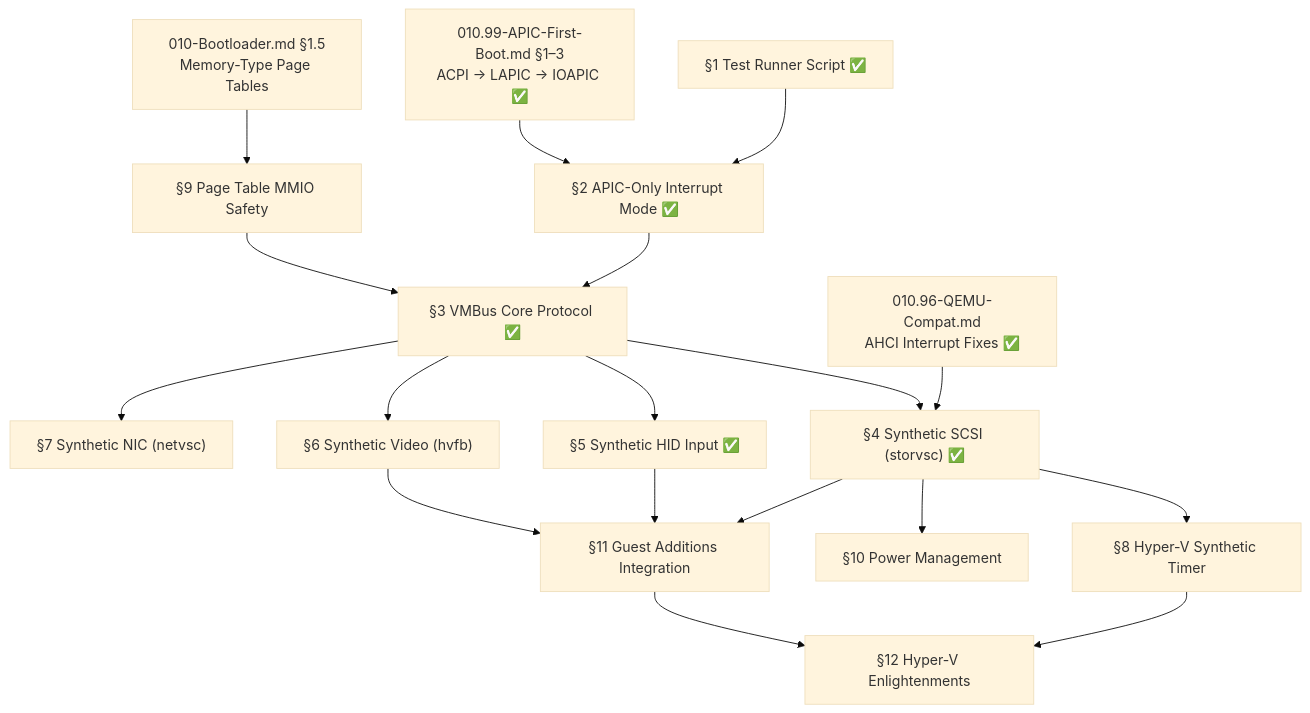
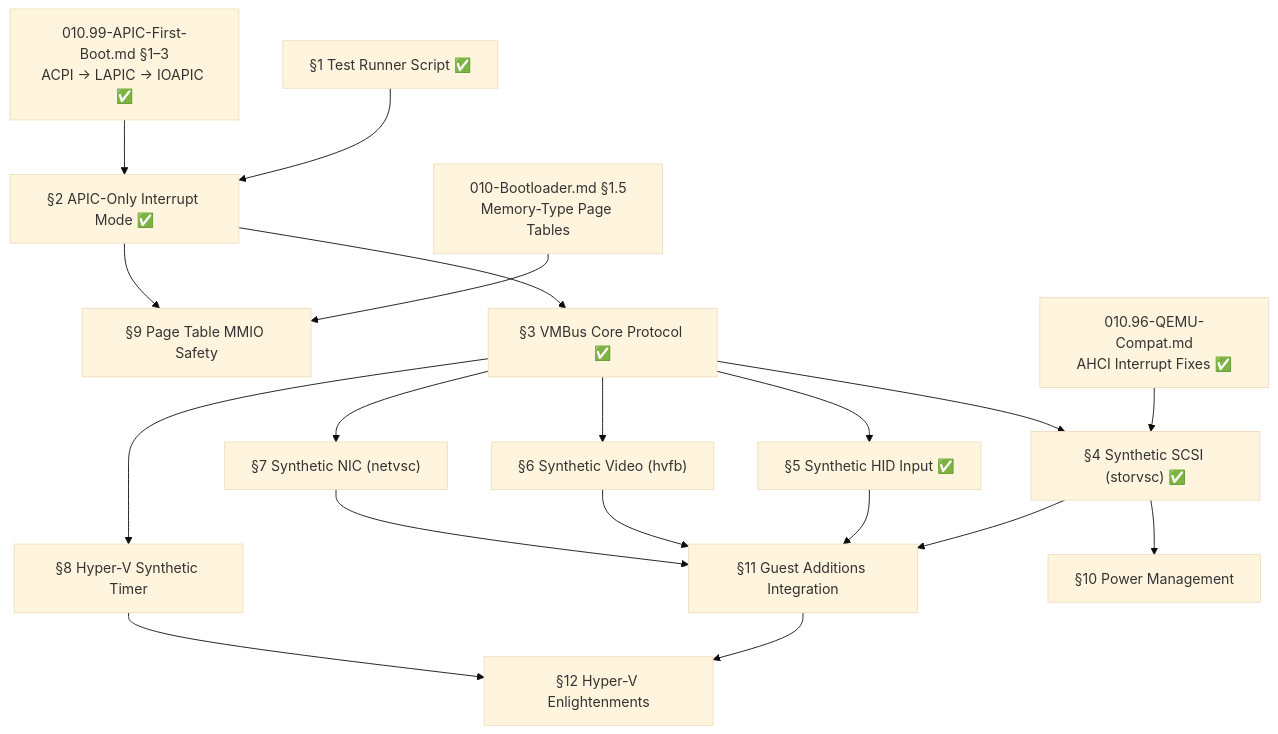
Before and after one commit to rizonesoft/impossible-os: the diagram in todo/000-Infrastructure/TODO-008-Hyper-V-Runner.md, drawn with Mermaid (base theme). The commit also changed other lines of this file and 2 other files, not shown here.

````diff
--- a/todo/000-Infrastructure/TODO-008-Hyper-V-Runner.md
+++ b/todo/000-Infrastructure/TODO-008-Hyper-V-Runner.md
@@ -64,43 +77,46 @@
 ```mermaid
 graph TD
     S1["§1 Test Runner Script ✅"]
     S2["§2 APIC-Only Interrupt Mode ✅"]
     S3["§3 VMBus Core Protocol ✅"]
     S4["§4 Synthetic SCSI (storvsc) ✅"]
     S5["§5 Synthetic HID Input ✅"]
     S6["§6 Synthetic Video (hvfb)"]
     S7["§7 Synthetic NIC (netvsc)"]
     S8["§8 Hyper-V Synthetic Timer"]
     S9["§9 Page Table MMIO Safety"]
     S10["§10 Power Management"]
     S11["§11 Guest Additions Integration"]
     S12["§12 Hyper-V Enlightenments"]
 
     %% External dependencies
     X1["010.99-APIC-First-Boot.md §1–3<br/>ACPI → LAPIC → IOAPIC ✅"]
     X2["010-Bootloader.md §1.5<br/>Memory-Type Page Tables"]
     X3["010.96-QEMU-Compat.md<br/>AHCI Interrupt Fixes ✅"]
 
     %% Core chain: infrastructure → VMBus → drivers
     S1 --> S2
     S2 --> S3
-    S9 --> S3
     S3 --> S4
     S3 --> S5
     S3 --> S6
     S3 --> S7
-    S4 --> S8
+    S3 --> S8
 
-    %% Integration comes last
+    %% MMIO safety is a parallel prereq (VMBus works without it but needs it for production)
+    S2 --> S9
+
+    %% Integration comes last — needs all synthetic drivers
     S4 --> S10
+    S4 --> S11
     S5 --> S11
-    S4 --> S11
     S6 --> S11
+    S7 --> S11
     S8 --> S12
     S11 --> S12
 
     %% External links
     X1 --> S2
     X2 --> S9
     X3 --> S4
 ```
````
